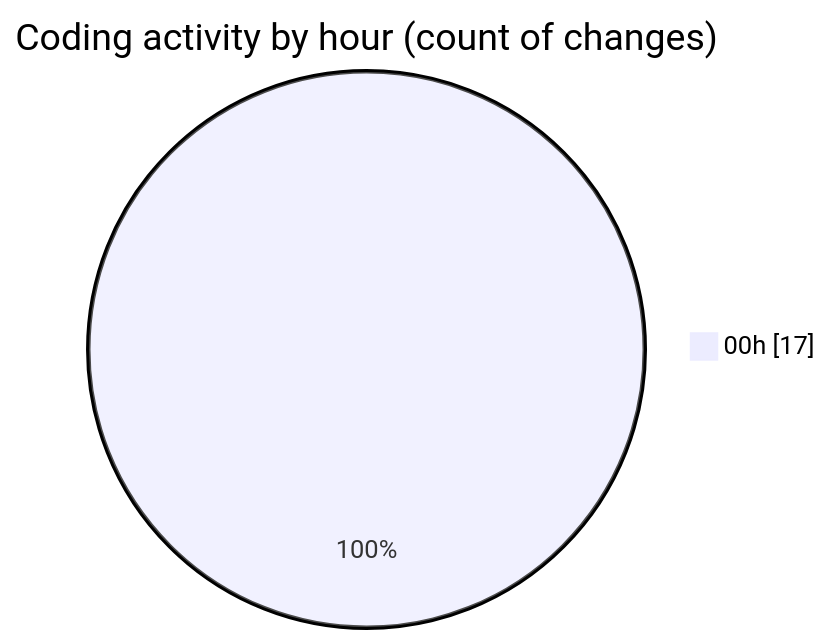
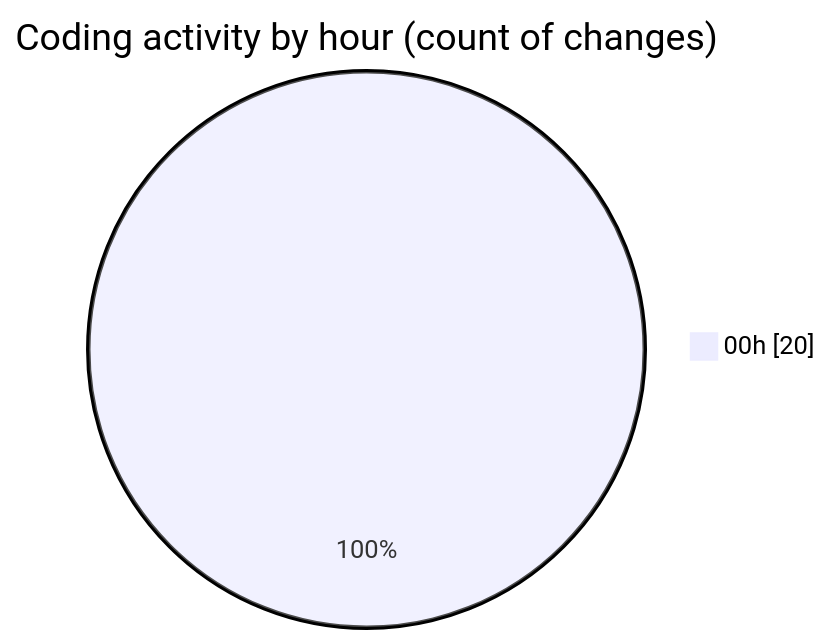
Before and after one commit to lephambinh05/code-tracking: the second of 2 diagrams in 2025-08-03/studybuddy/README.md, drawn with Mermaid. The commit also changed other lines of this file and 1 other file, not shown here.

````diff
--- a/2025-08-03/studybuddy/README.md
+++ b/2025-08-03/studybuddy/README.md
@@ -40,5 +42,5 @@
 ```mermaid
 pie showData
 title Coding activity by hour (count of changes)
-"00h" : 17
+"00h" : 20
 ```
````
